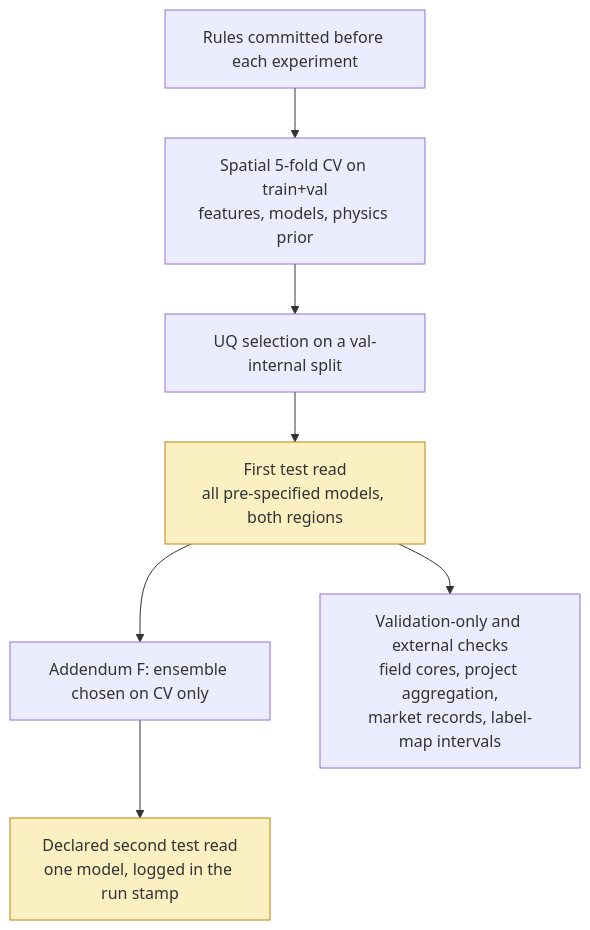
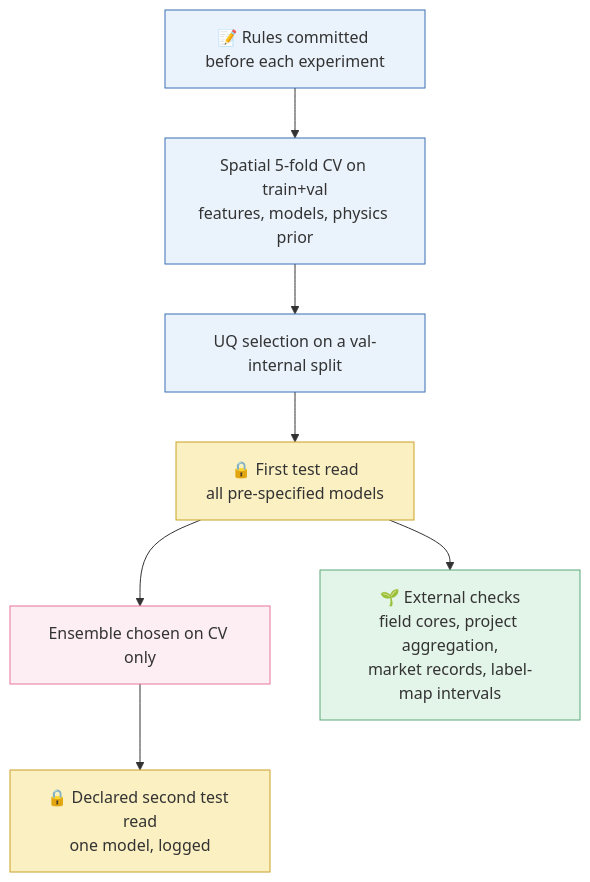
The second of 2 diagrams in README.md (Nahla-Nabil/PIGNN-UQ), drawn with Mermaid before and after one commit. The commit also changed other lines of this file and 1 other file, not shown here.

Commit message:
README: badges, tech stack, colored diagrams, collapsible sections; ignore local archive and zip bundles

````diff
--- a/README.md
+++ b/README.md
@@ -116,11 +178,16 @@
 ```mermaid
 flowchart TD
-    A[Rules committed before each experiment] --> B[Spatial 5-fold CV on train+val<br/>features, models, physics prior]
+    A[📝 Rules committed before each experiment] --> B[Spatial 5-fold CV on train+val<br/>features, models, physics prior]
     B --> C[UQ selection on a val-internal split]
-    C --> D[First test read<br/>all pre-specified models, both regions]
-    D --> F[Addendum F: ensemble chosen on CV only]
-    F --> G[Declared second test read<br/>one model, logged in the run stamp]
-    D --> H[Validation-only and external checks<br/>field cores, project aggregation,<br/>market records, label-map intervals]
-    style D fill:#FBF0C2,stroke:#b8860b
-    style G fill:#FBF0C2,stroke:#b8860b
+    C --> D[🔒 First test read<br/>all pre-specified models]
+    D --> F[Ensemble chosen on CV only]
+    F --> G[🔒 Declared second test read<br/>one model, logged]
+    D --> H[🌱 External checks<br/>field cores, project aggregation,<br/>market records, label-map intervals]
+    style A fill:#EAF3FC,stroke:#3B6FB6
+    style B fill:#EAF3FC,stroke:#3B6FB6
+    style C fill:#EAF3FC,stroke:#3B6FB6
+    style D fill:#FBF0C2,stroke:#C9A227
+    style G fill:#FBF0C2,stroke:#C9A227
+    style F fill:#FDEEF4,stroke:#E8749A
+    style H fill:#E3F4E8,stroke:#5BAA7A
 ```
````
